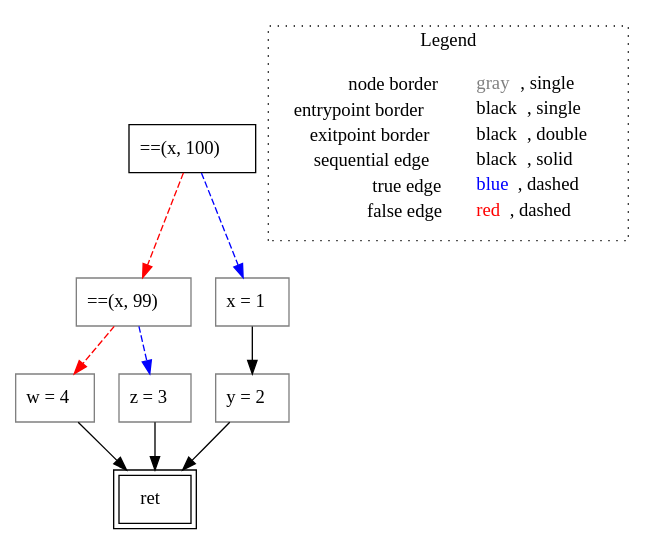
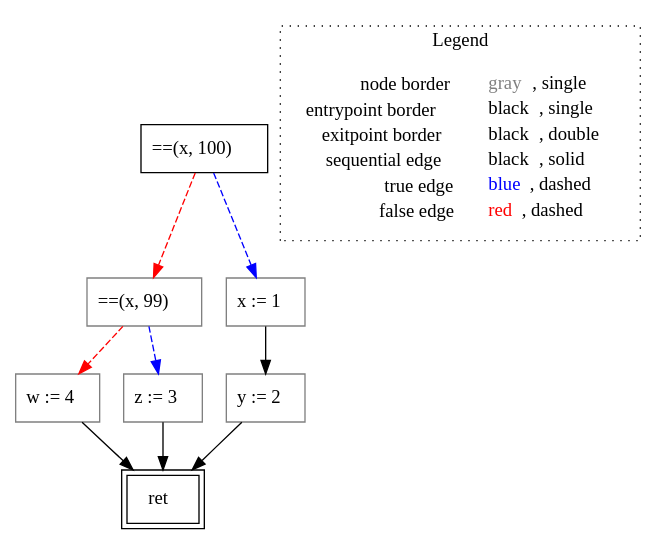
One commit to lisa-analyzer/go-lisa changed the diagram in go-lisa/go-testcases/cfg/if/untyped_~LiSAProgram.elseIf().dot. Above: the diagram before and after it, drawn with Graphviz. The commit also changed 9 other files, not shown here.

```diff
--- a/go-lisa/go-testcases/cfg/if/untyped_~LiSAProgram.elseIf().dot
+++ b/go-lisa/go-testcases/cfg/if/untyped_~LiSAProgram.elseIf().dot
@@ -1,24 +1,24 @@
 digraph {
 	"node0" [shape="rect",color="black",label=<==(x, 100)>];
-	"node1" [shape="rect",color="gray",label=<w = 4>];
-	"node2" [shape="rect",color="gray",label=<z = 3>];
+	"node1" [shape="rect",color="gray",label=<w := 4>];
+	"node2" [shape="rect",color="gray",label=<z := 3>];
 	"node3" [shape="rect",color="black",peripheries="2",label=<ret>];
 	"node4" [shape="rect",color="gray",label=<==(x, 99)>];
-	"node5" [shape="rect",color="gray",label=<y = 2>];
-	"node6" [shape="rect",color="gray",label=<x = 1>];
+	"node5" [shape="rect",color="gray",label=<y := 2>];
+	"node6" [shape="rect",color="gray",label=<x := 1>];
 	"node1" -> "node3" [color="black"];
 	"node0" -> "node4" [color="red",style="dashed"];
 	"node0" -> "node6" [color="blue",style="dashed"];
 	"node2" -> "node3" [color="black"];
 	"node4" -> "node1" [color="red",style="dashed"];
 	"node4" -> "node2" [color="blue",style="dashed"];
 	"node5" -> "node3" [color="black"];
 	"node6" -> "node5" [color="black"];
 subgraph cluster_legend {
 	label="Legend";
 	style=dotted;
 	node [shape=plaintext];
 	"legend" [label=<<table border="0" cellpadding="2" cellspacing="0" cellborder="0"><tr><td align="right">node border&nbsp;</td><td align="left"><font color="gray">gray</font>, single</td></tr><tr><td align="right">entrypoint border&nbsp;</td><td align="left"><font color="black">black</font>, single</td></tr><tr><td align="right">exitpoint border&nbsp;</td><td align="left"><font color="black">black</font>, double</td></tr><tr><td align="right">sequential edge&nbsp;</td><td align="left"><font color="black">black</font>, solid</td></tr><tr><td align="right">true edge&nbsp;</td><td align="left"><font color="blue">blue</font>, dashed</td></tr><tr><td align="right">false edge&nbsp;</td><td align="left"><font color="red">red</font>, dashed</td></tr></table>>];
 }
 
 }
```
